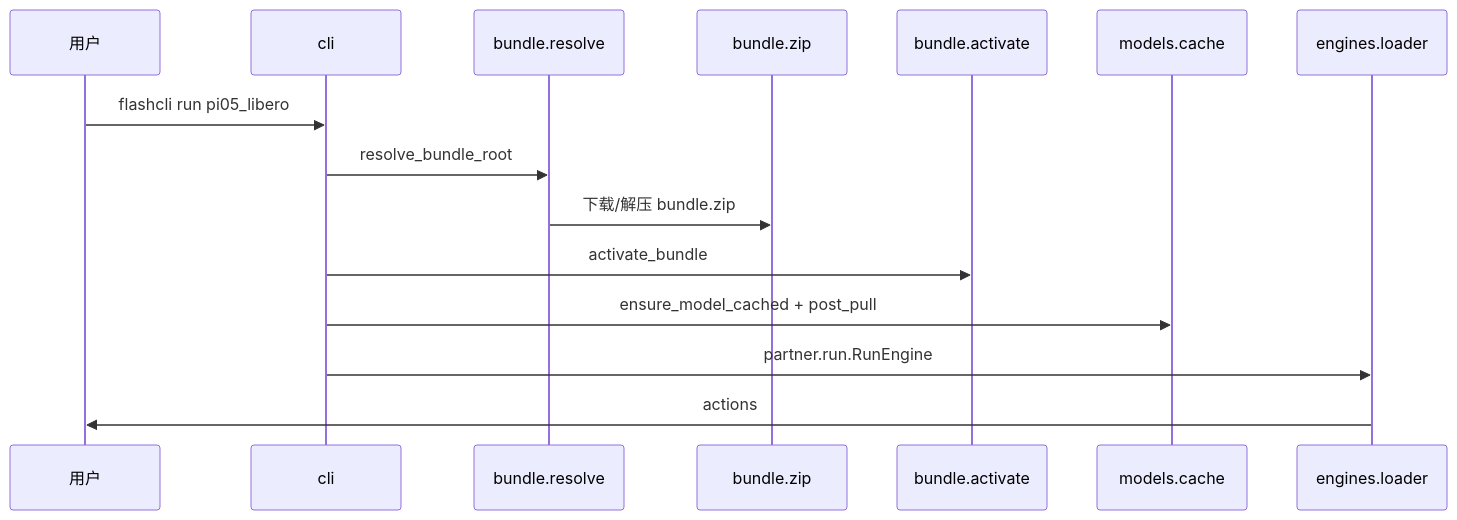
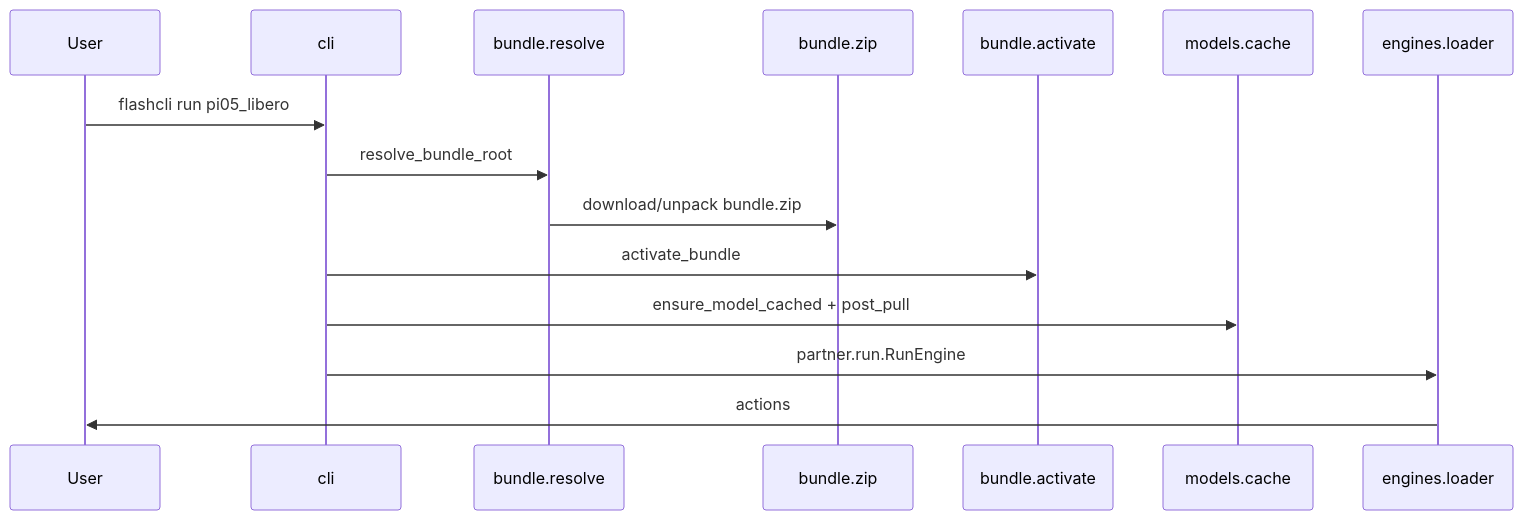
Before and after one commit to aodianyun/flashcli: the diagram in docs/architecture.md, drawn with Mermaid. The commit also changed other lines of this file and 7 other files, not shown here.

````diff
--- a/docs/architecture.md
+++ b/docs/architecture.md
@@ -30,18 +32,18 @@
 ```mermaid
 sequenceDiagram
-  participant U as 用户
+  participant U as User
   participant CLI as cli
   participant Res as bundle.resolve
   participant Zip as bundle.zip
   participant Act as bundle.activate
   participant Cache as models.cache
   participant Ldr as engines.loader
 
   U->>CLI: flashcli run pi05_libero
   CLI->>Res: resolve_bundle_root
-  Res->>Zip: 下载/解压 bundle.zip
+  Res->>Zip: download/unpack bundle.zip
   CLI->>Act: activate_bundle
   CLI->>Cache: ensure_model_cached + post_pull
   CLI->>Ldr: partner.run.RunEngine
   Ldr->>U: actions
 ```
````
